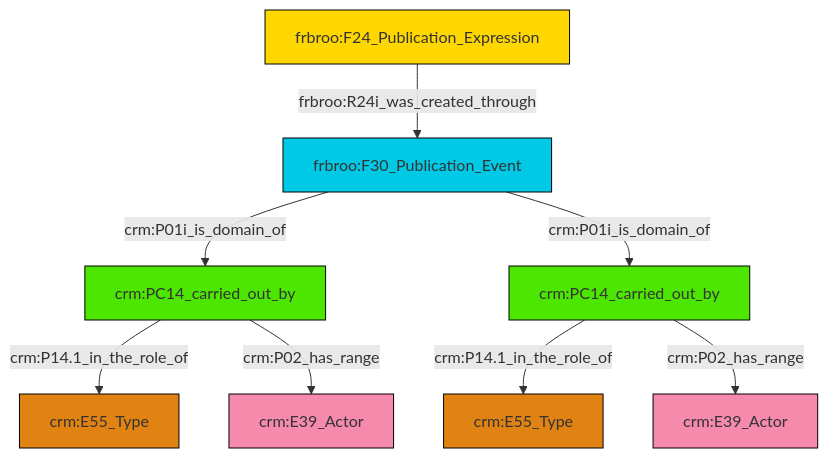
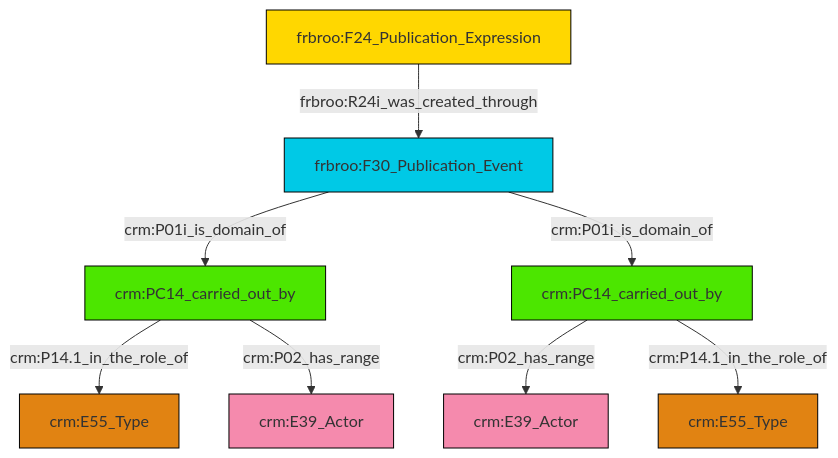
One commit to swiss-art-research-net/docs.swissartresearch changed the diagram in et/biblioCSV/ttl/mmd/biblio_actor_relations.ttl.mmd. Above: the diagram before and after it, drawn with Mermaid. The commit also changed 176 other files, not shown here.

```diff
--- a/et/biblioCSV/ttl/mmd/biblio_actor_relations.ttl.mmd
+++ b/et/biblioCSV/ttl/mmd/biblio_actor_relations.ttl.mmd
@@ -1,22 +1,22 @@
 graph TD
 classDef Literal fill:#f2f2f2,stroke:#000000;
 classDef CRM_Entity fill:#FFFFFF,stroke:#000000;
 classDef Temporal_Entity fill:#00C9E6, stroke:#000000;
 classDef Type fill:#E18312, stroke:#000000;
 classDef Time-Span fill:#2C9C91, stroke:#000000;
 classDef Appellation fill:#FFEB7F, stroke:#000000;
 classDef Place fill:#008836, stroke:#000000;
 classDef Persistent_Item fill:#B266B2, stroke:#000000;
 classDef Conceptual_Object fill:#FFD700, stroke:#000000;
 classDef Physical_Thing fill:#D2B48C, stroke:#000000;
 classDef Actor fill:#f58aad, stroke:#000000;
 classDef PC_Classes fill:#4ce600, stroke:#000000;
 classDef Multi fill:#cccccc,stroke:#000000;
 
-4["frbroo:F24_Publication_Expression"]:::Conceptual_Object -->|frbroo:R24i_was_created_through| 5["frbroo:F30_Publication_Event"]:::Temporal_Entity
-0["crm:PC14_carried_out_by"]:::PC_Classes -->|crm:P14.1_in_the_role_of| 6["crm:E55_Type"]:::Type
-5["frbroo:F30_Publication_Event"]:::Temporal_Entity -->|crm:P01i_is_domain_of| 7["crm:PC14_carried_out_by"]:::PC_Classes
-7["crm:PC14_carried_out_by"]:::PC_Classes -->|crm:P14.1_in_the_role_of| 10["crm:E55_Type"]:::Type
-5["frbroo:F30_Publication_Event"]:::Temporal_Entity -->|crm:P01i_is_domain_of| 0["crm:PC14_carried_out_by"]:::PC_Classes
-0["crm:PC14_carried_out_by"]:::PC_Classes -->|crm:P02_has_range| 2["crm:E39_Actor"]:::Actor
-7["crm:PC14_carried_out_by"]:::PC_Classes -->|crm:P02_has_range| 15["crm:E39_Actor"]:::Actor
+0["frbroo:F30_Publication_Event"]:::Temporal_Entity -->|crm:P01i_is_domain_of| 1["crm:PC14_carried_out_by"]:::PC_Classes
+4["crm:PC14_carried_out_by"]:::PC_Classes -->|crm:P02_has_range| 2["crm:E39_Actor"]:::Actor
+4["crm:PC14_carried_out_by"]:::PC_Classes -->|crm:P14.1_in_the_role_of| 6["crm:E55_Type"]:::Type
+9["frbroo:F24_Publication_Expression"]:::Conceptual_Object -->|frbroo:R24i_was_created_through| 0["frbroo:F30_Publication_Event"]:::Temporal_Entity
+0["frbroo:F30_Publication_Event"]:::Temporal_Entity -->|crm:P01i_is_domain_of| 4["crm:PC14_carried_out_by"]:::PC_Classes
+1["crm:PC14_carried_out_by"]:::PC_Classes -->|crm:P14.1_in_the_role_of| 10["crm:E55_Type"]:::Type
+1["crm:PC14_carried_out_by"]:::PC_Classes -->|crm:P02_has_range| 12["crm:E39_Actor"]:::Actor
```
